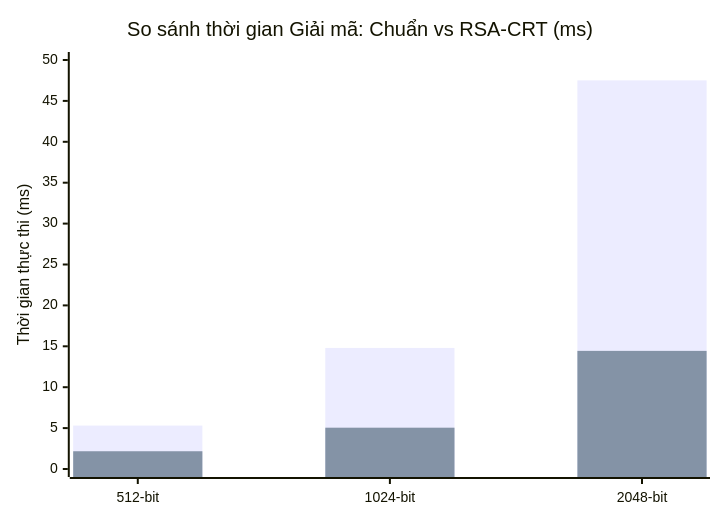
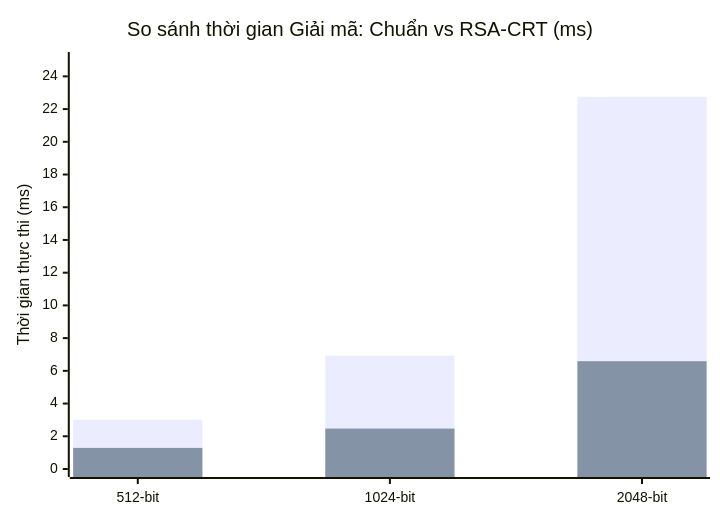
The fourth of 4 diagrams in bao_cao_rsa.md (thuann2212/IS-TEXT-), drawn with Mermaid before and after one commit. The commit also changed other lines of this file and 8 other files, not shown here.

````diff
--- a/bao_cao_rsa.md
+++ b/bao_cao_rsa.md
@@ -549,8 +551,8 @@
 ```mermaid
 xychart-beta
     title "So sánh thời gian Giải mã: Chuẩn vs RSA-CRT (ms)"
     x-axis ["512-bit", "1024-bit", "2048-bit"]
-    y-axis "Thời gian thực thi (ms)" 0 --> 50
-    bar [5.31, 14.80, 47.51]
-    bar [2.17, 5.05, 14.44]
+    y-axis "Thời gian thực thi (ms)" 0 --> 25
+    bar [3.01, 6.93, 22.75]
+    bar [1.29, 2.47, 6.59]
 ```
````
